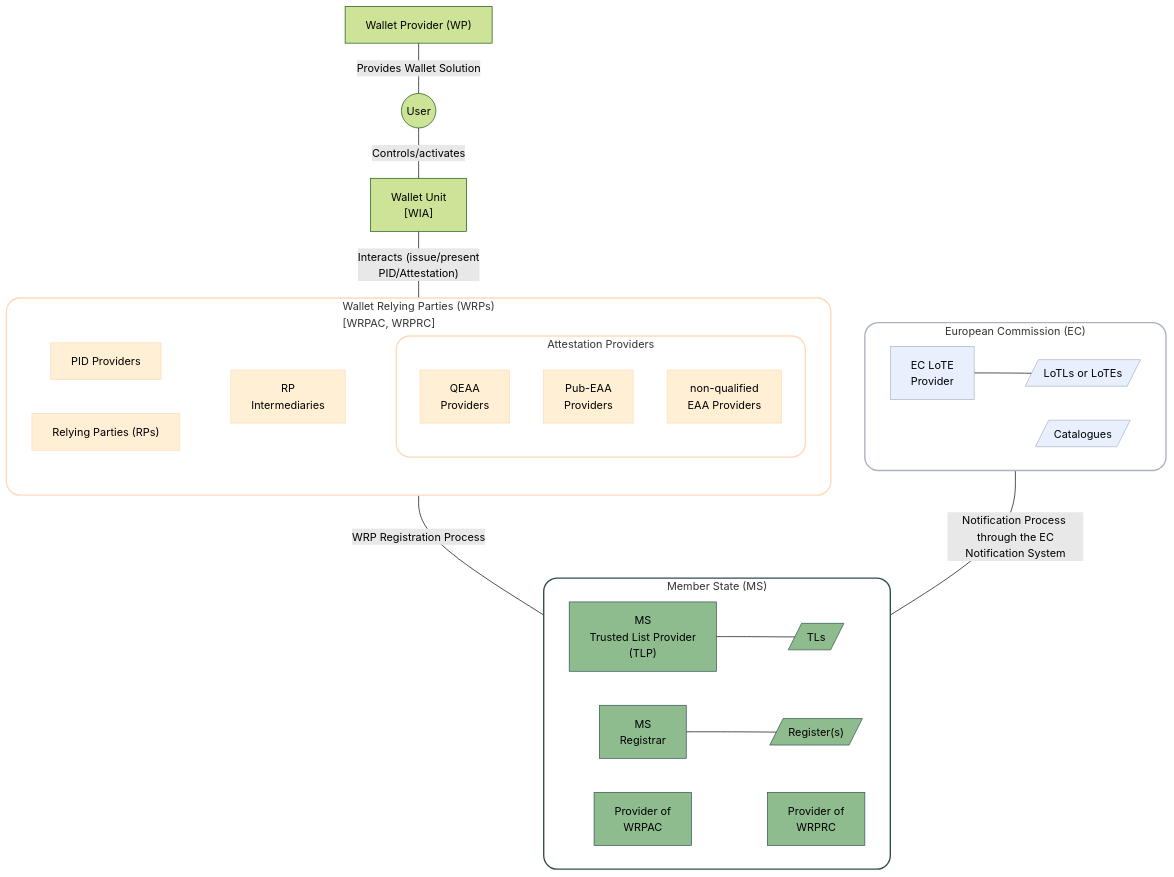
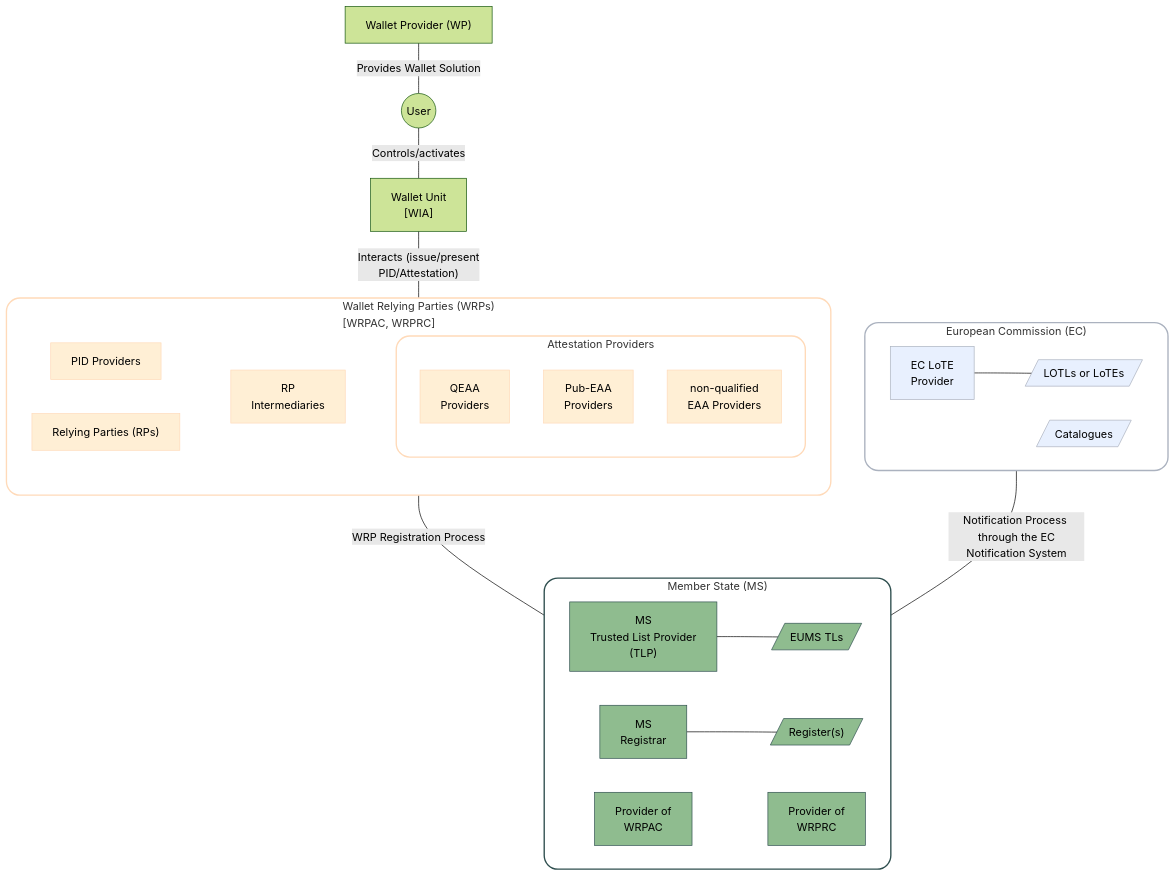
Before and after one commit to APTITUDE-Consortium/wp2-trust-specifications: the fourth of 4 diagrams in topics/trust-architecture.md, drawn with Mermaid (forest theme). The commit also changed other lines of this file and 1 other file, not shown here.

````diff
--- a/topics/trust-architecture.md
+++ b/topics/trust-architecture.md
@@ -148,67 +152,67 @@
 ```mermaid
 graph TD
 
     WP["Wallet Provider (WP)"]
     User((User))
     WU["Wallet Unit <br/> [WIA]"]
 
    subgraph WRP["Wallet Relying Parties (WRPs) <br/>[WRPAC, WRPRC]"]
         direction LR
         PIDP["PID Providers"]
         subgraph AP["Attestation Providers"]
             QEAAP["QEAA <br/>Providers"]
             PubP["Pub-EAA <br/>Providers"]
             EAAP["non-qualified <br/>EAA Providers"]
         end
         RP["Relying Parties (RPs)"]
         RPI["RP <br/>Intermediaries"]
     end
 
     subgraph MS["Member State (MS)"]
         MSReg[MS <br/>Registrar]
         ProvAC[Provider of <br/>WRPAC]
         ProvRC[Provider of <br/>WRPRC]
         MSTLP["MS  <br/>Trusted List Provider  <br/>(TLP)"]
-        TLs[/TLs/]
+        TLs[/EUMS TLs/]
         Reg[/"Register(s)"/]
         MSTLP --- TLs
         MSReg--- Reg
     end
 
     subgraph EC["European Commission (EC)"]
         ECLoTE[EC LoTE <br/>Provider]
         Cat[/Catalogues/]
-        LoTEs[/LoTLs or LoTEs/]
+        LoTEs[/LOTLs or LoTEs/]
         ECLoTE --- LoTEs
     end
 
 
 
     %% Skeleton
     PIDP ~~~ RPI
     RPI ~~~ AP
     RP ~~~ RPI
     ProvAC ~~~ ProvRC
   
 
     %% Style
     classDef WRP_entities fill:#ffefd5, stroke:#ffdab9
     style WRP fill:#ffff,stroke:#ffdab9,stroke-width:2px,rx:20,ry:20
     style AP fill:#ffff,stroke:#ffdab9,stroke-width:2px,rx:20,ry:20
     style EC fill:#ffff,stroke:#abb2bf,stroke-width:2px,rx:20,ry:20
     style MS fill:#ffff,stroke:#2f4f4f,stroke-width:2px,rx:20,ry:20
     classDef blue fill:#e8f0fe,stroke:#abb2bf
     classDef green fill:#8fbc8f,stroke:#2f4f4f
 
     class QEAAP,PIDP,PubP,EAAP,RP,RPI WRP_entities;
     class ECLoTE,ECNS,Cat,LoTEs blue;
     class MSTLP,MSReg,ProvAC,ProvRC,TLs,Reg green;
 
 
     %% Arrows
     WP ---|Provides Wallet Solution| User 
     User ---|Controls/activates| WU
     WU ---|"Interacts (issue/present <br/>PID/Attestation)"| WRP 
     WRP ---|"WRP Registration Process"| MS  
     EC ---|"Notification Process <br/> through the EC Notification System"| MS
 ```
````
